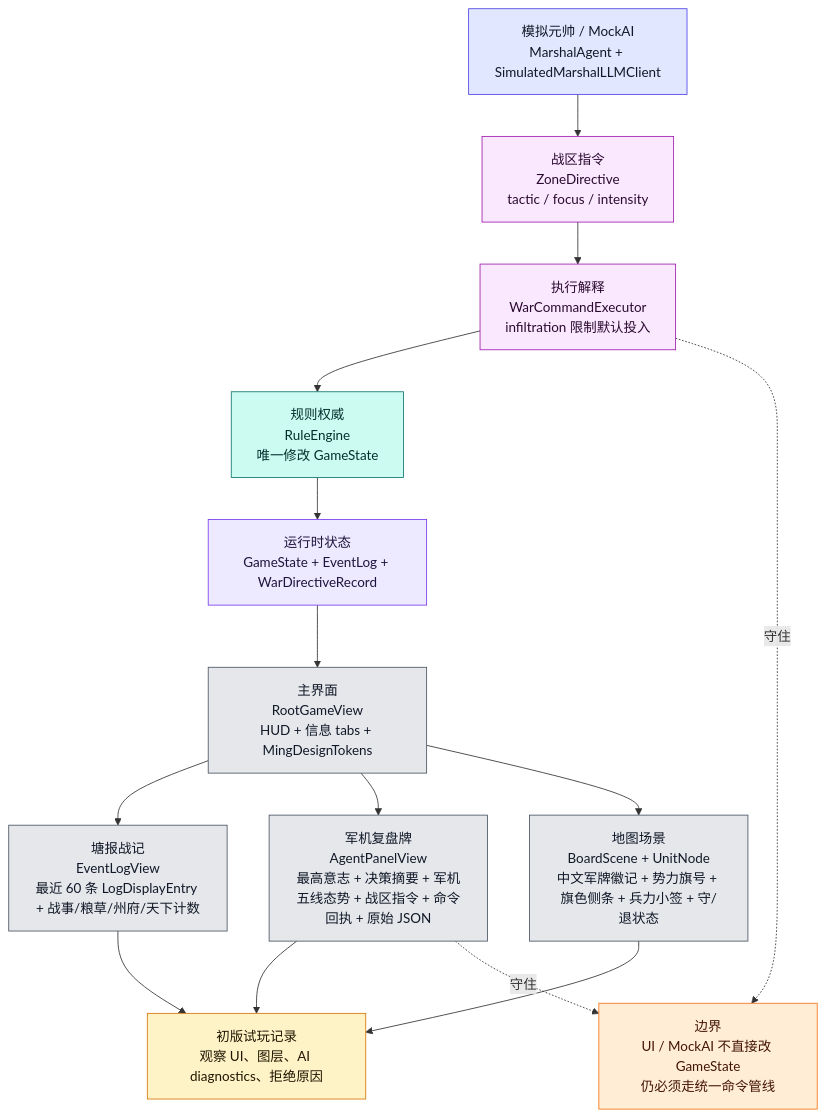
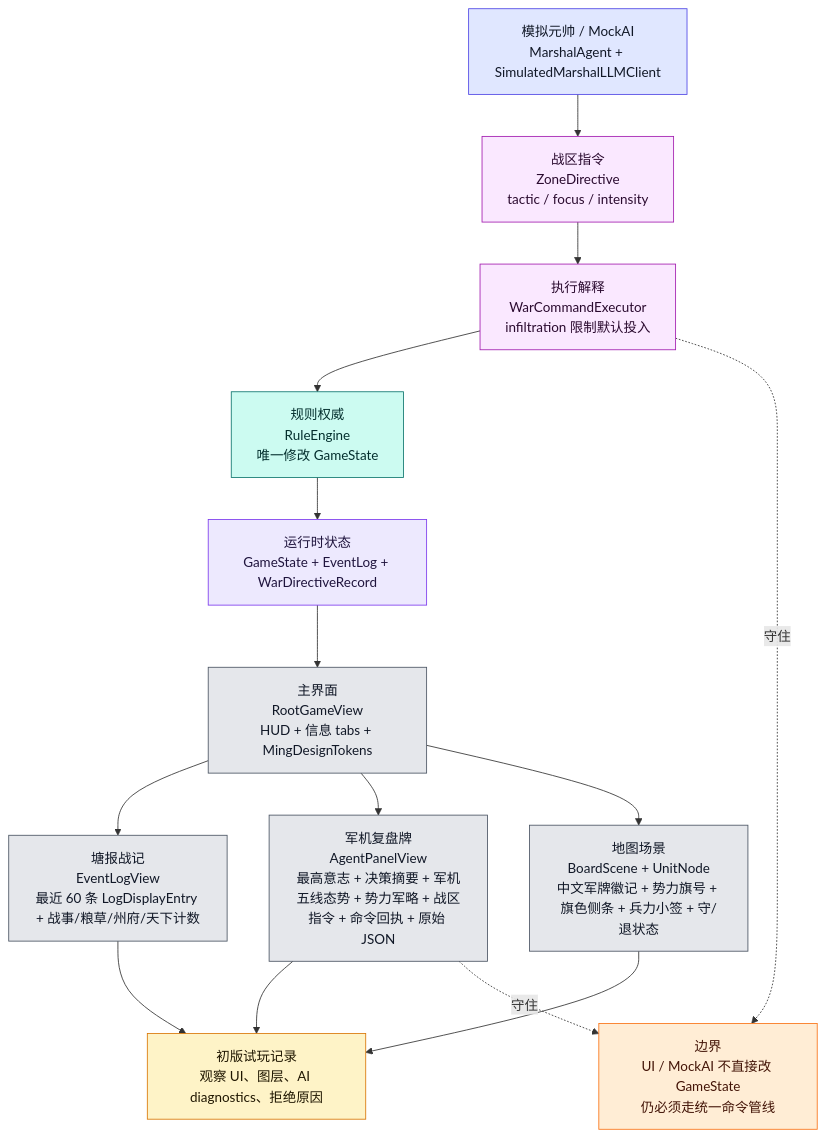
The eighth of 9 diagrams in md/flow/flowchart.md (Altman-sam114/123), drawn with Mermaid before and after one commit. The commit also changed other lines of this file and 7 other files, not shown here.

Commit message:
feat(ui): show doctrine in agent panel

````diff
--- a/md/flow/flowchart.md
+++ b/md/flow/flowchart.md
@@ -479,34 +479,34 @@
 ```mermaid
 flowchart TD
     STATE["运行时状态<br/>GameState + EventLog + WarDirectiveRecord"]:::state
     ROOT["主界面<br/>RootGameView<br/>HUD + 信息 tabs + MingDesignTokens"]:::ui
     LOG["塘报战记<br/>EventLogView<br/>最近 60 条 LogDisplayEntry + 战事/粮草/州府/天下计数"]:::ui
-    AIUI["军机复盘牌<br/>AgentPanelView<br/>最高意志 + 决策摘要 + 军机五线态势 + 战区指令 + 命令回执 + 原始 JSON"]:::ui
+    AIUI["军机复盘牌<br/>AgentPanelView<br/>最高意志 + 决策摘要 + 军机五线态势 + 势力军略 + 战区指令 + 命令回执 + 原始 JSON"]:::ui
     BOARD["地图场景<br/>BoardScene + UnitNode<br/>中文军牌徽记 + 势力旗号 + 旗色侧条 + 兵力小签 + 守/退状态"]:::ui
     MARSHAL["模拟元帅 / MockAI<br/>MarshalAgent + SimulatedMarshalLLMClient"]:::ai
     ZD["战区指令<br/>ZoneDirective<br/>tactic / focus / intensity"]:::command
     WCE["执行解释<br/>WarCommandExecutor<br/>infiltration 限制默认投入"]:::command
     RULE["规则权威<br/>RuleEngine<br/>唯一修改 GameState"]:::rules
     PLAYTEST["初版试玩记录<br/>观察 UI、图层、AI diagnostics、拒绝原因"]:::doc
 
     STATE --> ROOT
     ROOT --> LOG
     ROOT --> AIUI
     ROOT --> BOARD
     MARSHAL --> ZD --> WCE --> RULE --> STATE
     AIUI --> PLAYTEST
     LOG --> PLAYTEST
     BOARD --> PLAYTEST
 
     WARN["边界<br/>UI / MockAI 不直接改 GameState<br/>仍必须走统一命令管线"]:::warn
     AIUI -.守住.-> WARN
     WCE -.守住.-> WARN
 
     classDef state fill:#ede9fe,stroke:#7c3aed,color:#1f143d
     classDef ui fill:#e5e7eb,stroke:#4b5563,color:#111827
     classDef ai fill:#e0e7ff,stroke:#4f46e5,color:#111827
     classDef command fill:#fae8ff,stroke:#a21caf,color:#2a0a2f
     classDef rules fill:#ccfbf1,stroke:#0f766e,color:#042f2e
     classDef doc fill:#fef3c7,stroke:#d97706,color:#1f1600
     classDef warn fill:#ffedd5,stroke:#f97316,color:#431407
 ```
````
